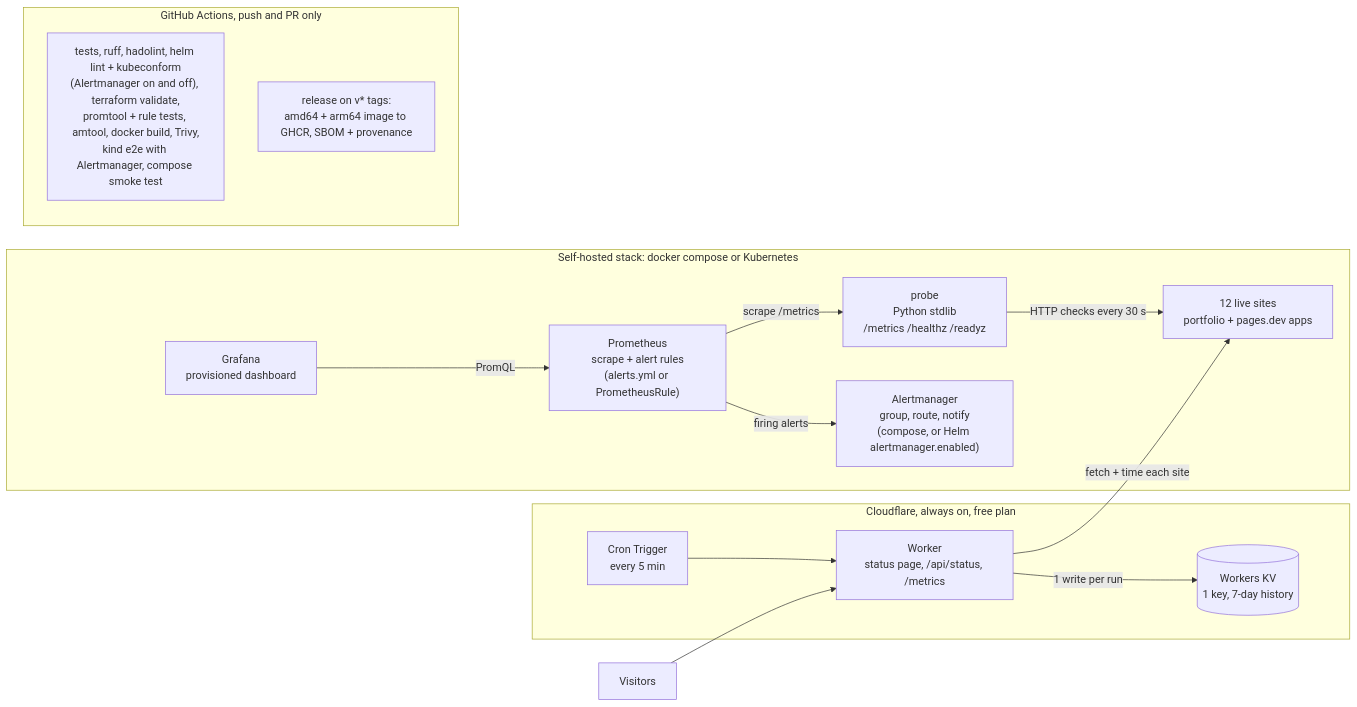
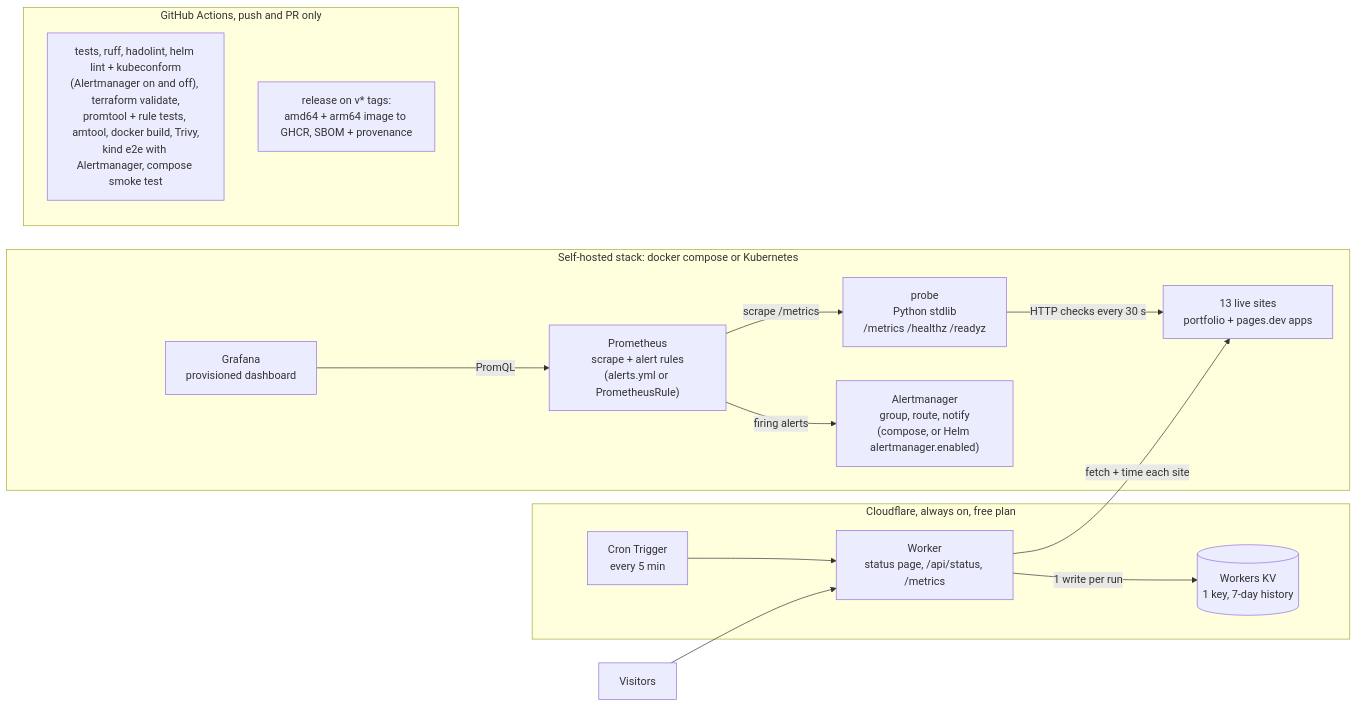
The first of 2 diagrams in README.md (naniiic137/fleetwatch), drawn with Mermaid before and after one commit. The commit also changed other lines of this file and 6 other files, not shown here.

````diff
--- a/README.md
+++ b/README.md
@@ -18,31 +18,31 @@
 ```mermaid
 flowchart LR
-    sites["12 live sites<br/>portfolio + pages.dev apps"]
+    sites["13 live sites<br/>portfolio + pages.dev apps"]
 
     subgraph local["Self-hosted stack: docker compose or Kubernetes"]
         probe["probe<br/>Python stdlib<br/>/metrics /healthz /readyz"]
         prom["Prometheus<br/>scrape + alert rules<br/>(alerts.yml or PrometheusRule)"]
         am["Alertmanager<br/>group, route, notify<br/>(compose, or Helm alertmanager.enabled)"]
         graf["Grafana<br/>provisioned dashboard"]
         probe -- "HTTP checks every 30 s" --> sites
         prom -- "scrape /metrics" --> probe
         prom -- "firing alerts" --> am
         graf -- "PromQL" --> prom
     end
 
     subgraph cf["Cloudflare, always on, free plan"]
         cron["Cron Trigger<br/>every 5 min"]
         worker["Worker<br/>status page, /api/status, /metrics"]
         kv[("Workers KV<br/>1 key, 7-day history")]
         cron --> worker
         worker -- "fetch + time each site" --> sites
         worker -- "1 write per run" --> kv
     end
 
     visitors["Visitors"] --> worker
 
     subgraph gha["GitHub Actions, push and PR only"]
         ci["tests, ruff, hadolint, helm lint + kubeconform<br/>(Alertmanager on and off), terraform validate,<br/>promtool + rule tests, amtool, docker build, Trivy,<br/>kind e2e with Alertmanager, compose smoke test"]
         rel["release on v* tags:<br/>amd64 + arm64 image to GHCR, SBOM + provenance"]
     end
 ```
````
